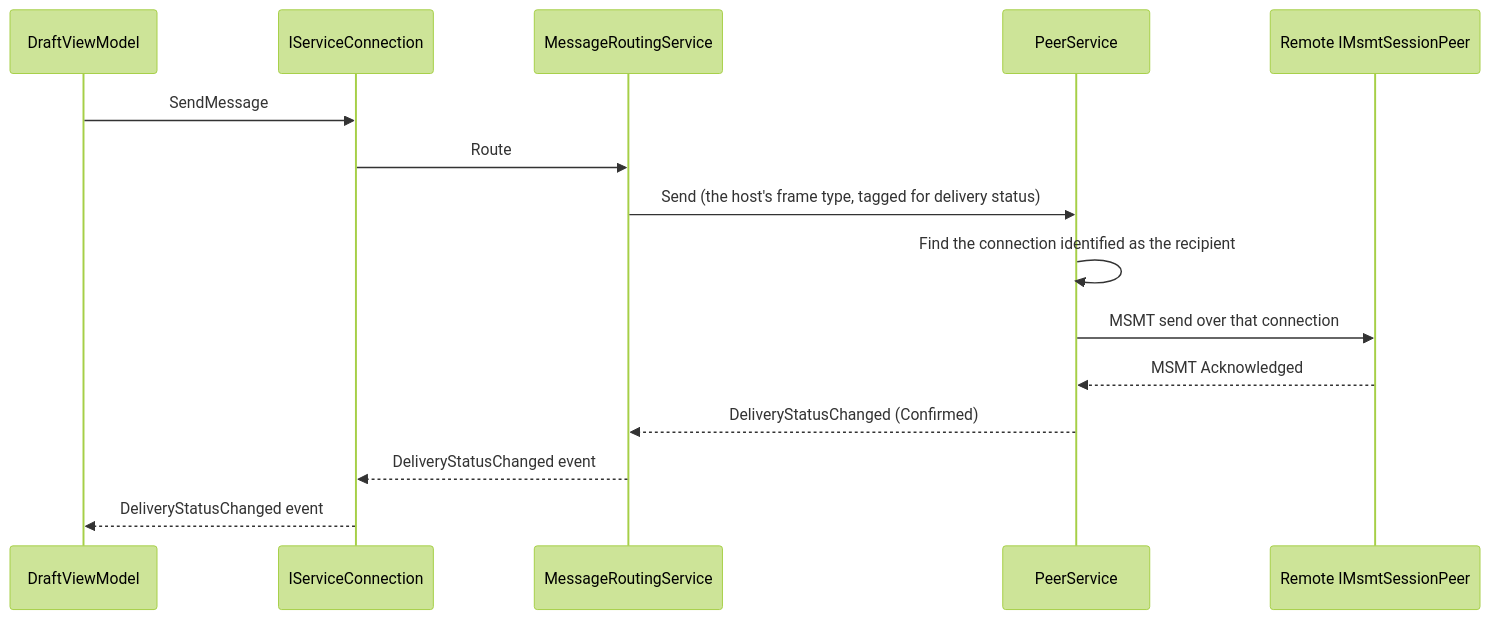
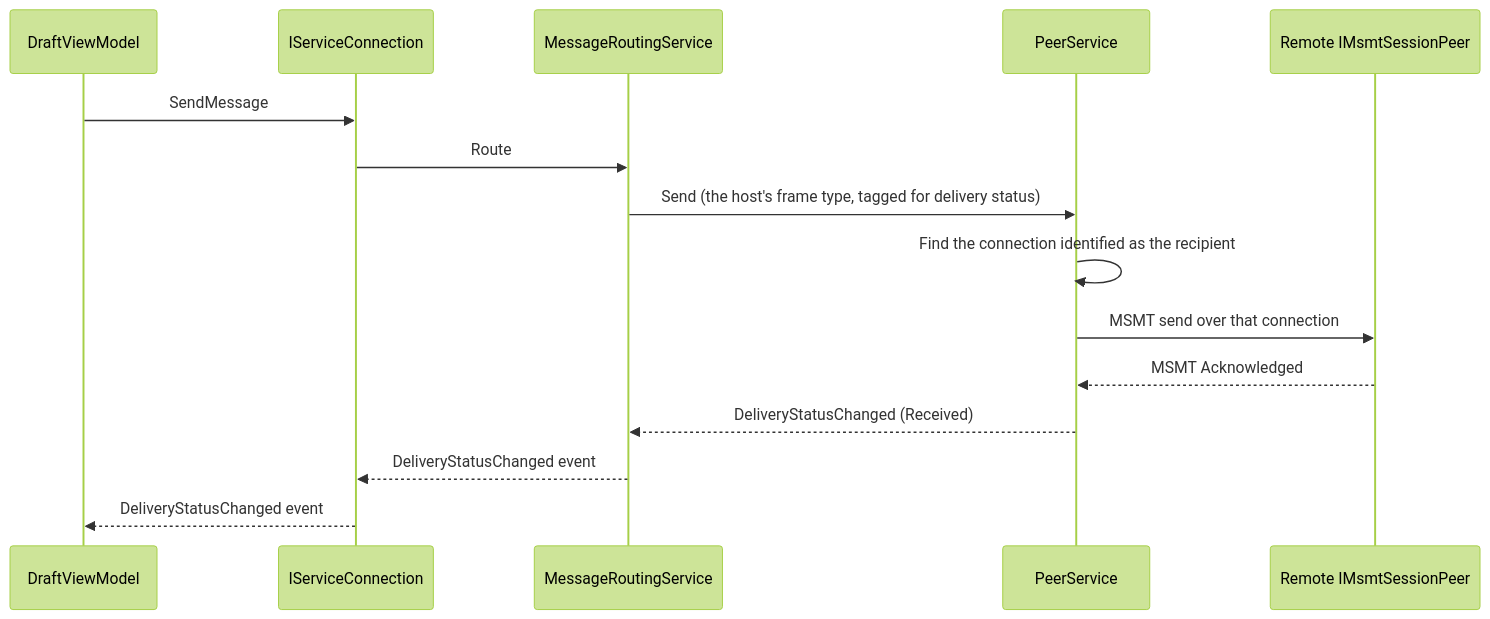
Before and after one commit to Blue-Heighliner/Comlink: the second of 5 diagrams in Docs/Architecture.md, drawn with Mermaid (forest theme). The commit also changed other lines of this file and 82 other files, not shown here.

````diff
--- a/Docs/Architecture.md
+++ b/Docs/Architecture.md
@@ -70,17 +70,17 @@
 ```mermaid
 sequenceDiagram
     participant DVM as DraftViewModel
     participant SC as IServiceConnection
     participant MRS as MessageRoutingService
     participant PS as PeerService
     participant RP as Remote IMsmtSessionPeer
     DVM->>SC: SendMessage
     SC->>MRS: Route
     MRS->>PS: Send (the host's frame type, tagged for delivery status)
     PS->>PS: Find the connection identified as the recipient
     PS->>RP: MSMT send over that connection
     RP-->>PS: MSMT Acknowledged
-    PS-->>MRS: DeliveryStatusChanged (Confirmed)
+    PS-->>MRS: DeliveryStatusChanged (Received)
     MRS-->>SC: DeliveryStatusChanged event
     SC-->>DVM: DeliveryStatusChanged event
 ```
````
